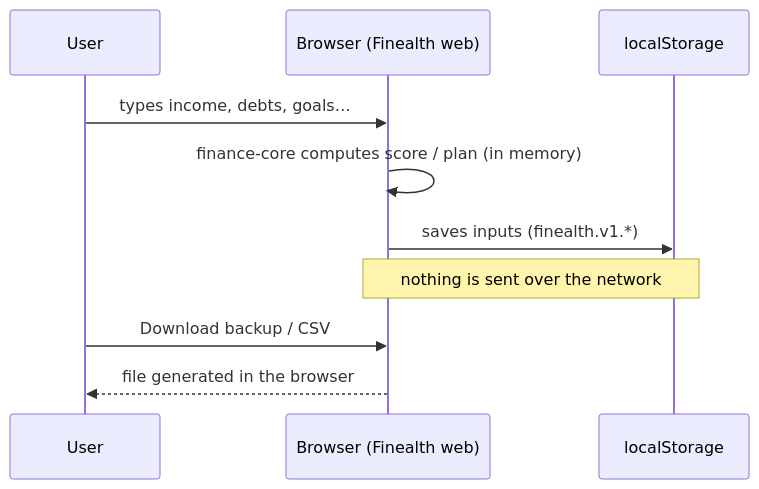
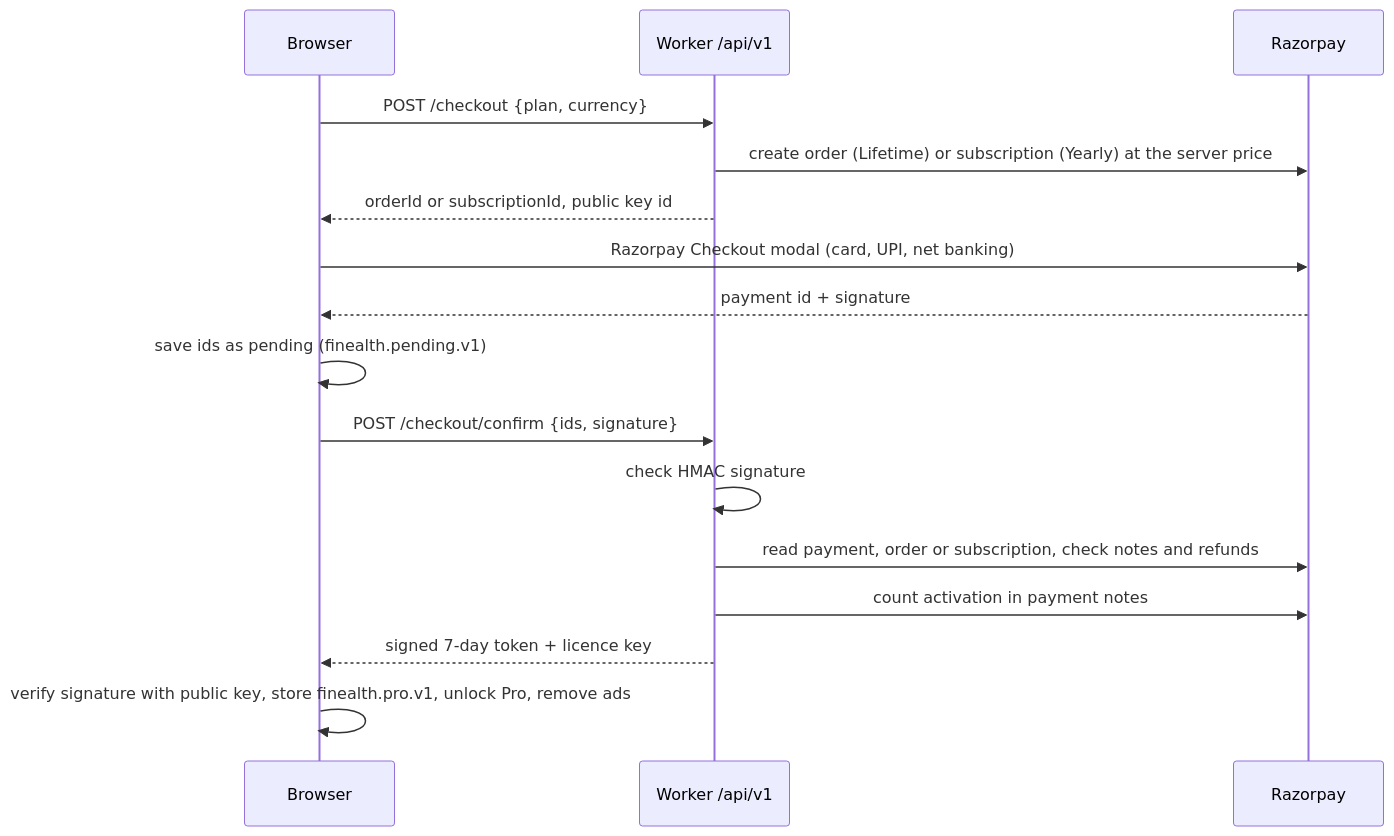
One commit to equisteg/finance-calculators changed the third of 4 diagrams in docs/HLD.md. Above: the diagram before and after it, drawn with Mermaid. The commit also changed other lines of this file and 20 other files, not shown here.

````diff
--- a/docs/HLD.md
+++ b/docs/HLD.md
@@ -64,12 +140,18 @@
 ```mermaid
 sequenceDiagram
-  participant U as User
-  participant B as Browser (Finealth web)
-  participant S as localStorage
-  U->>B: types income, debts, goals…
-  B->>B: finance-core computes score / plan (in memory)
-  B->>S: saves inputs (finealth.v1.*)
-  Note over B,S: nothing is sent over the network
-  U->>B: Download backup / CSV
-  B-->>U: file generated in the browser
+  participant B as Browser
+  participant W as Worker /api/v1
+  participant R as Razorpay
+  B->>W: POST /checkout {plan, currency}
+  W->>R: create order (Lifetime) or subscription (Yearly) at the server price
+  W-->>B: orderId or subscriptionId, public key id
+  B->>R: Razorpay Checkout modal (card, UPI, net banking)
+  R-->>B: payment id + signature
+  B->>B: save ids as pending (finealth.pending.v1)
+  B->>W: POST /checkout/confirm {ids, signature}
+  W->>W: check HMAC signature
+  W->>R: read payment, order or subscription, check notes and refunds
+  W->>R: count activation in payment notes
+  W-->>B: signed 7-day token + licence key
+  B->>B: verify signature with public key, store finealth.pro.v1, unlock Pro, remove ads
 ```
````
